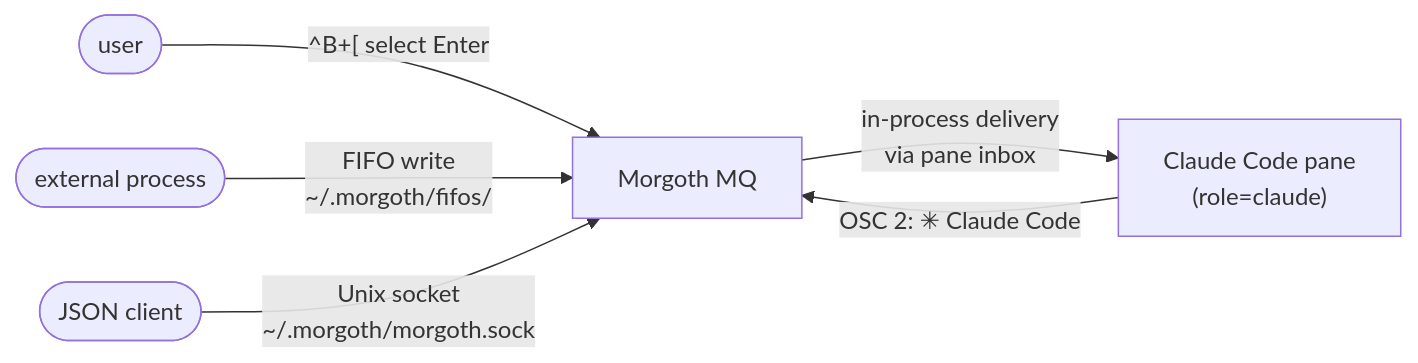
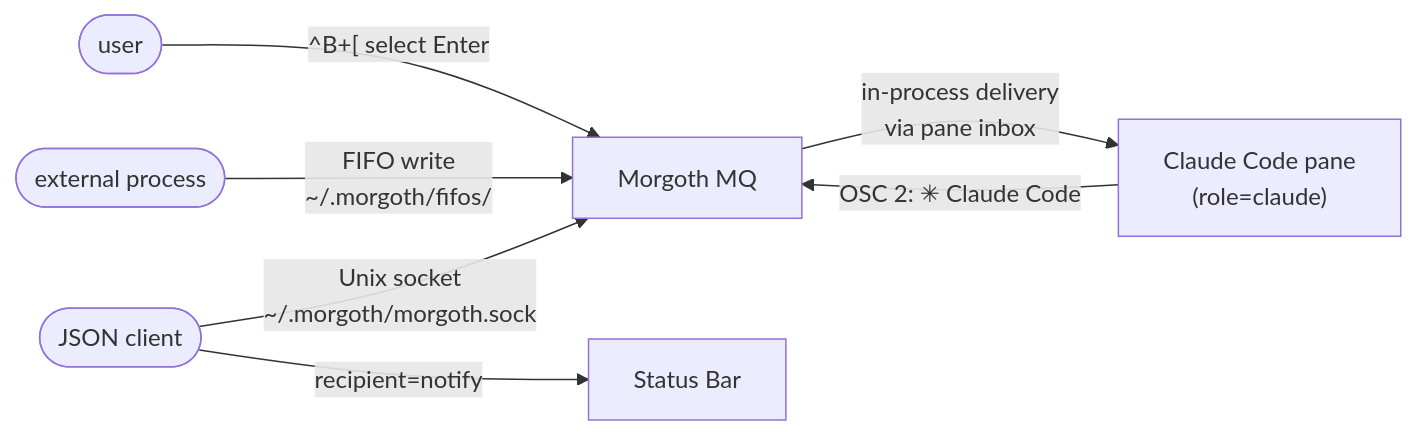
Before and after one commit to LightspeedDMS/morgoth: the diagram in README.md, drawn with Mermaid. The commit also changed other lines of this file and 3 other files, not shown here.

````diff
--- a/README.md
+++ b/README.md
@@ -170,9 +180,10 @@
 ```mermaid
 flowchart LR
     U([user]) -->|"^B+[ select Enter"| M[Morgoth MQ]
     CC["Claude Code pane\n(role=claude)"] -->|"OSC 2: ✳ Claude Code"| M
     M -->|"in-process delivery\nvia pane inbox"| CC
 
     EXT([external process]) -->|"FIFO write\n~/.morgoth/fifos/<uuid>"| M
     EXT2([JSON client]) -->|"Unix socket\n~/.morgoth/morgoth.sock"| M
+    EXT2 -->|"recipient=notify"| SB[Status Bar]
 ```
````
